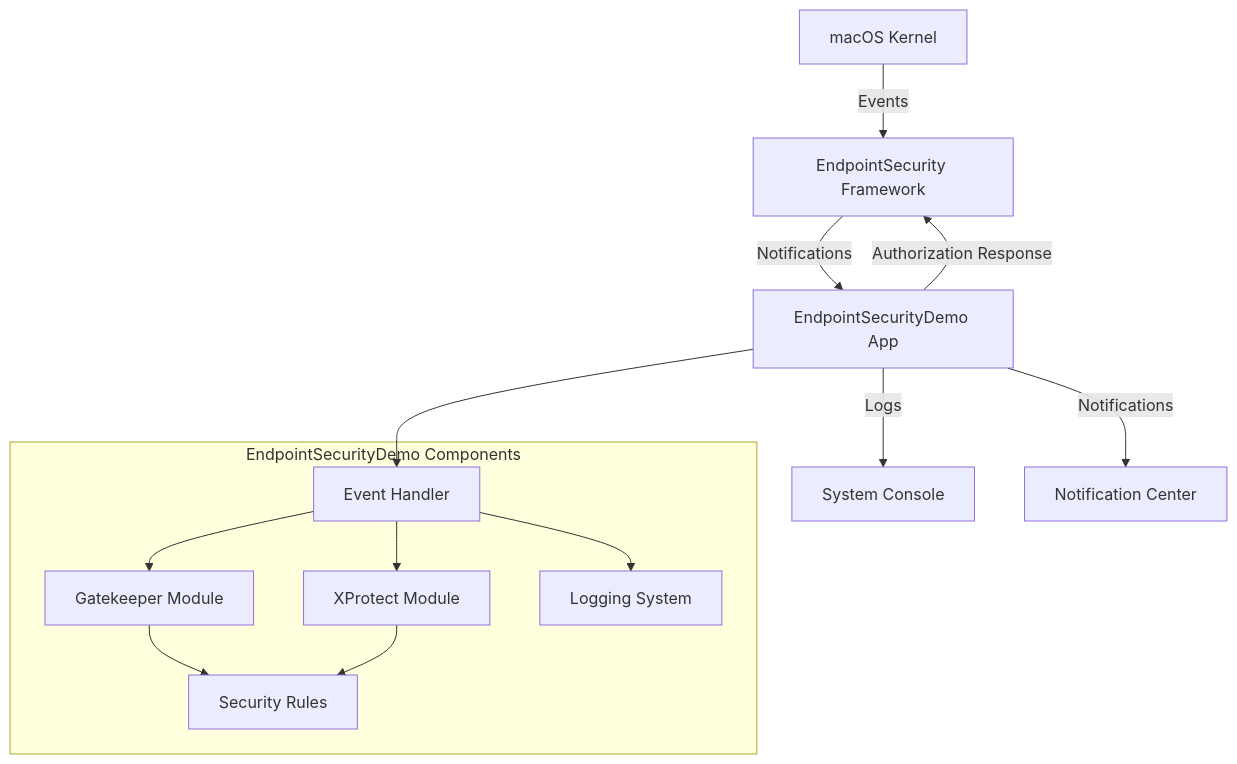
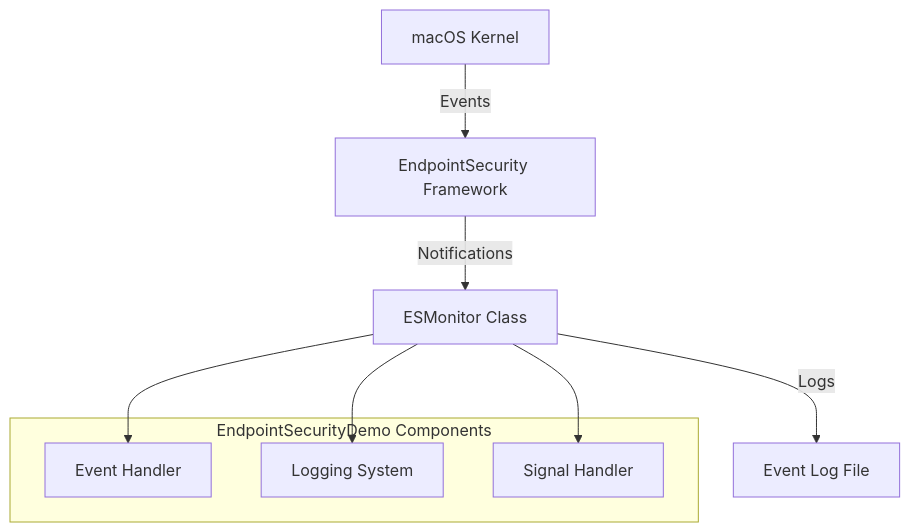
One commit to anubhavg-icpl/EndpointSecurityDemo changed the first of 4 diagrams in DOCS/Architecture.md. Above: the diagram before and after it, drawn with Mermaid. The commit also changed other lines of this file and 4 other files, not shown here.

Commit message:
Refactor architecture documentation and introduce ESMonitor class for event handling

````diff
--- a/DOCS/Architecture.md
+++ b/DOCS/Architecture.md
@@ -7,23 +7,16 @@
 ```mermaid
 graph TB
     Kernel[macOS Kernel] -- Events --> ESF[EndpointSecurity Framework]
-    ESF -- Notifications --> App[EndpointSecurityDemo App]
-    App -- Authorization Response --> ESF
-    App -- Logs --> Console[System Console]
-    App -- Notifications --> NotifCenter[Notification Center]
+    ESF -- Notifications --> App[ESMonitor Class]
+    App -- Logs --> LogFile[Event Log File]
 
     subgraph "EndpointSecurityDemo Components"
         Handler[Event Handler]
-        GK[Gatekeeper Module]
-        XP[XProtect Module]
         Logger[Logging System]
-        Rules[Security Rules]
+        SignalHandler[Signal Handler]
     end
 
     App --> Handler
-    Handler --> GK
-    Handler --> XP
-    Handler --> Logger
-    GK --> Rules
-    XP --> Rules
+    App --> Logger
+    App --> SignalHandler
 ```
````
